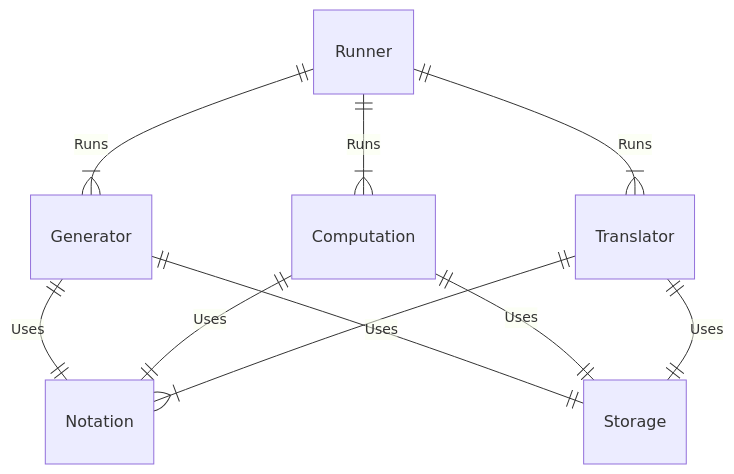
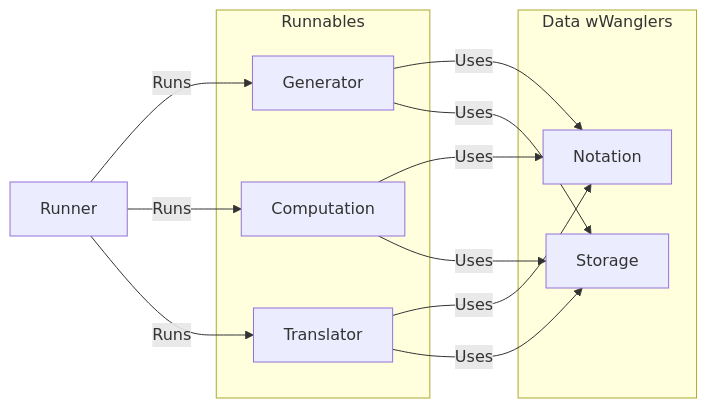
Before and after one commit to Uiowa-Applied-Topology/tanglenomicon_core_libraries: the second of 2 diagrams in docs/design/Home.md, drawn with Mermaid. The commit also changed other lines of this file and 5 other files, not shown here.

````diff
--- a/docs/design/Home.md
+++ b/docs/design/Home.md
@@ -99,12 +133,23 @@
 ```mermaid
-erDiagram
-    Runner ||--|{ Generator : Runs
-    Runner ||--|{ Computation : Runs
-    Runner ||--|{ Translator : Runs
-		Generator ||--||Notation : Uses
-		Computation ||--||Notation : Uses
-		Translator ||--|{ Notation : ""
-		Generator ||--||Storage : Uses
-		Computation||--||Storage : Uses
-		Translator ||--|| Storage : Uses
+flowchart LR
+	Runner
+subgraph "Runnables"
+	Generator
+	Translator
+	Computation
+end
+subgraph "Data wWanglers"
+	Notation
+	Storage
+end
+Runner -->|Runs| Generator
+Runner -->|Runs| Computation
+Runner -->|Runs| Translator
+Translator -->|Uses| Notation
+Generator -->|Uses| Notation
+Computation -->|Uses| Notation
+Generator -->|Uses| Storage
+Computation -->|Uses| Storage
+Translator -->|Uses| Storage
+
 ```
````
